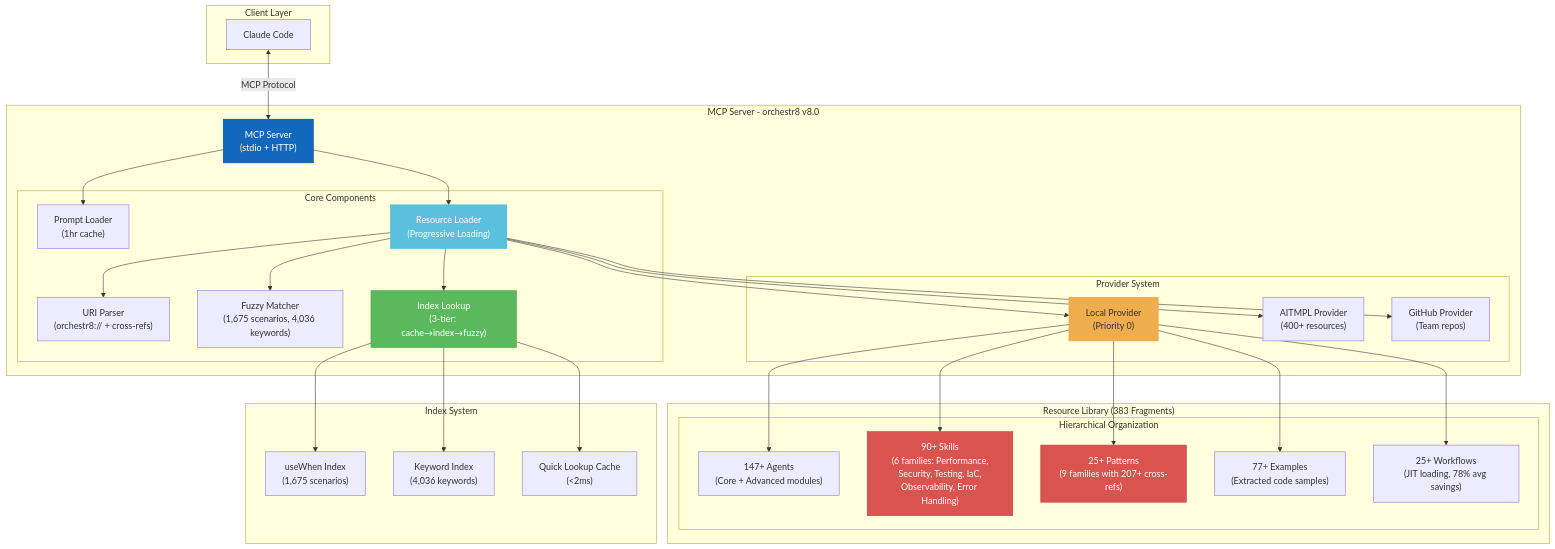
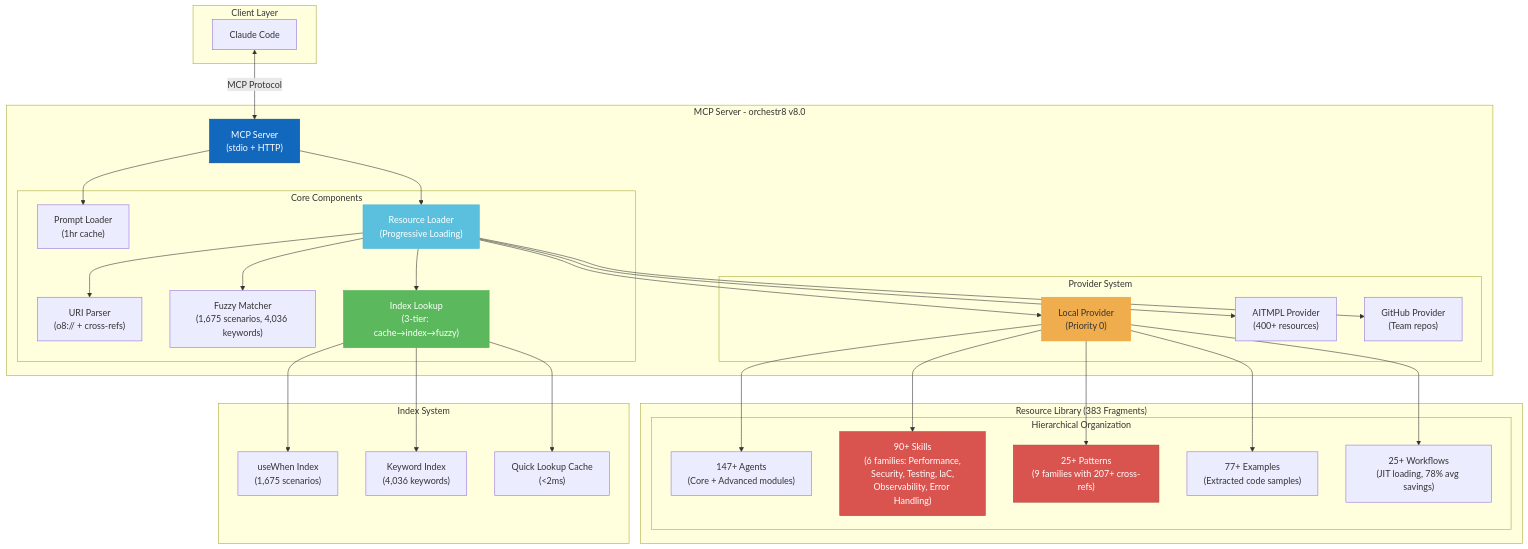
The sixth of 9 diagrams in plugins/o8/docs/images/diagrams-v8-updated.md (gobrucego/o8), drawn with Mermaid before and after one commit. The commit also changed other lines of this file and 323 other files, not shown here.

````diff
--- a/plugins/o8/docs/images/diagrams-v8-updated.md
+++ b/plugins/o8/docs/images/diagrams-v8-updated.md
@@ -118,68 +118,68 @@
 ```mermaid
 graph TB
     subgraph "Client Layer"
         Claude["Claude Code"]
     end
 
     subgraph "MCP Server - orchestr8 v8.0"
         Server["MCP Server<br/>(stdio + HTTP)"]
 
         subgraph "Core Components"
             PromptLoader["Prompt Loader<br/>(1hr cache)"]
             ResourceLoader["Resource Loader<br/>(Progressive Loading)"]
-            URIParser["URI Parser<br/>(orchestr8:// + cross-refs)"]
+            URIParser["URI Parser<br/>(o8:// + cross-refs)"]
             FuzzyMatcher["Fuzzy Matcher<br/>(1,675 scenarios, 4,036 keywords)"]
             IndexLookup["Index Lookup<br/>(3-tier: cache→index→fuzzy)"]
         end
 
         subgraph "Provider System"
             Local["Local Provider<br/>(Priority 0)"]
             AITMPL["AITMPL Provider<br/>(400+ resources)"]
             GitHub["GitHub Provider<br/>(Team repos)"]
         end
 
         Server --> PromptLoader
         Server --> ResourceLoader
         ResourceLoader --> URIParser
         ResourceLoader --> FuzzyMatcher
         ResourceLoader --> IndexLookup
         ResourceLoader --> Local
         ResourceLoader --> AITMPL
         ResourceLoader --> GitHub
     end
 
     subgraph "Resource Library (383 Fragments)"
         subgraph "Hierarchical Organization"
             Agents["147+ Agents<br/>(Core + Advanced modules)"]
             Skills["90+ Skills<br/>(6 families: Performance,<br/>Security, Testing, IaC,<br/>Observability, Error Handling)"]
             Patterns["25+ Patterns<br/>(9 families with 207+ cross-refs)"]
             Examples["77+ Examples<br/>(Extracted code samples)"]
             Workflows["25+ Workflows<br/>(JIT loading, 78% avg savings)"]
         end
     end
 
     subgraph "Index System"
         UseWhenIndex["useWhen Index<br/>(1,675 scenarios)"]
         KeywordIndex["Keyword Index<br/>(4,036 keywords)"]
         QuickLookup["Quick Lookup Cache<br/>(<2ms)"]
     end
 
     Claude <-->|MCP Protocol| Server
 
     Local --> Agents
     Local --> Skills
     Local --> Patterns
     Local --> Examples
     Local --> Workflows
 
     IndexLookup --> UseWhenIndex
     IndexLookup --> KeywordIndex
     IndexLookup --> QuickLookup
 
     style Server fill:#1168bd,stroke:#0b4884,color:#fff
     style ResourceLoader fill:#5bc0de,stroke:#46b8da,color:#fff
     style IndexLookup fill:#5cb85c,stroke:#4cae4c,color:#fff
     style Local fill:#f0ad4e,stroke:#eea236,color:#333
     style Skills fill:#d9534f,stroke:#a94442,color:#fff
     style Patterns fill:#d9534f,stroke:#a94442,color:#fff
 ```
````
